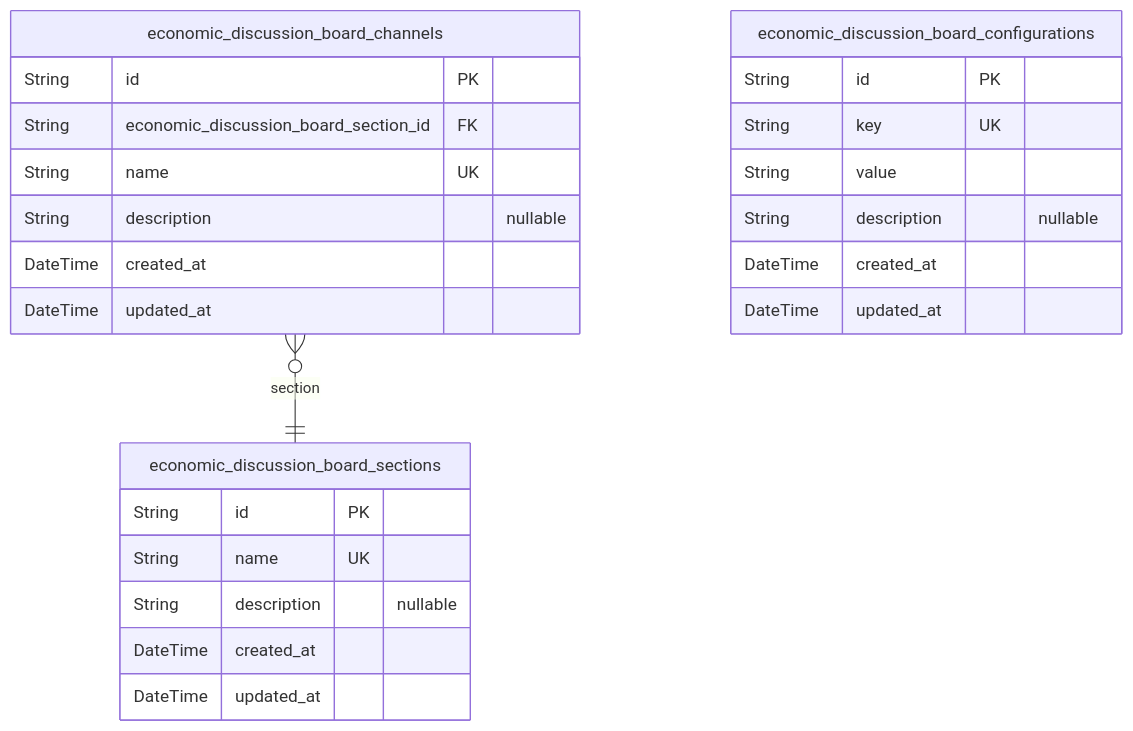
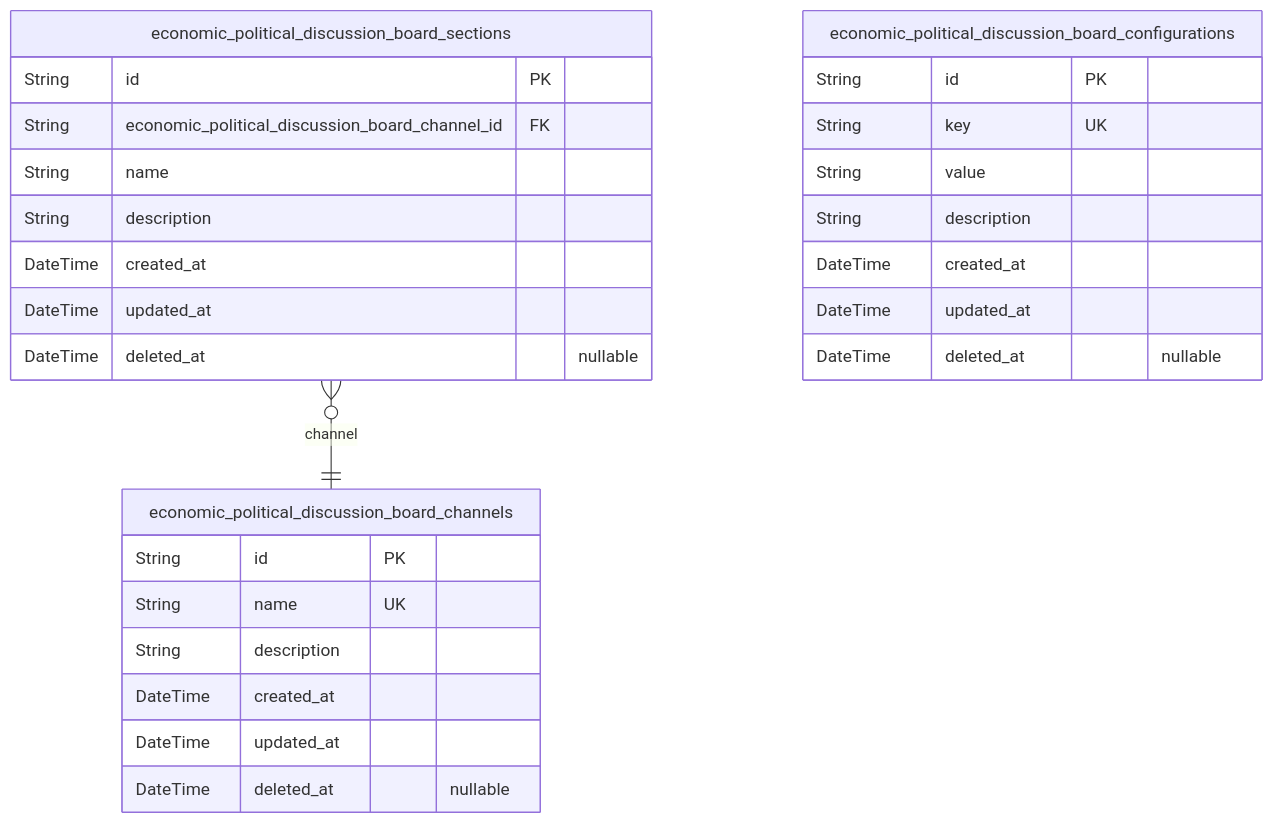
The first of 5 diagrams in mistralai/codestral-2508/bbs/docs/ERD.md (wrtnlabs/autobe-examples), drawn with Mermaid before and after one commit. The commit also changed other lines of this file and 7173 other files, not shown here.

````diff
--- a/mistralai/codestral-2508/bbs/docs/ERD.md
+++ b/mistralai/codestral-2508/bbs/docs/ERD.md
@@ -13,27 +13,30 @@
 ```mermaid
 erDiagram
-"economic_discussion_board_channels" {
+"economic_political_discussion_board_channels" {
   String id PK
-  String economic_discussion_board_section_id FK
   String name UK
-  String description "nullable"
+  String description
   DateTime created_at
   DateTime updated_at
+  DateTime deleted_at "nullable"
 }
-"economic_discussion_board_sections" {
+"economic_political_discussion_board_sections" {
   String id PK
-  String name UK
-  String description "nullable"
+  String economic_political_discussion_board_channel_id FK
+  String name
+  String description
   DateTime created_at
   DateTime updated_at
+  DateTime deleted_at "nullable"
 }
-"economic_discussion_board_configurations" {
+"economic_political_discussion_board_configurations" {
   String id PK
   String key UK
   String value
-  String description "nullable"
+  String description
   DateTime created_at
   DateTime updated_at
+  DateTime deleted_at "nullable"
 }
-"economic_discussion_board_channels" }o--|| "economic_discussion_board_sections" : section
+"economic_political_discussion_board_sections" }o--|| "economic_political_discussion_board_channels" : channel
 ```
````
